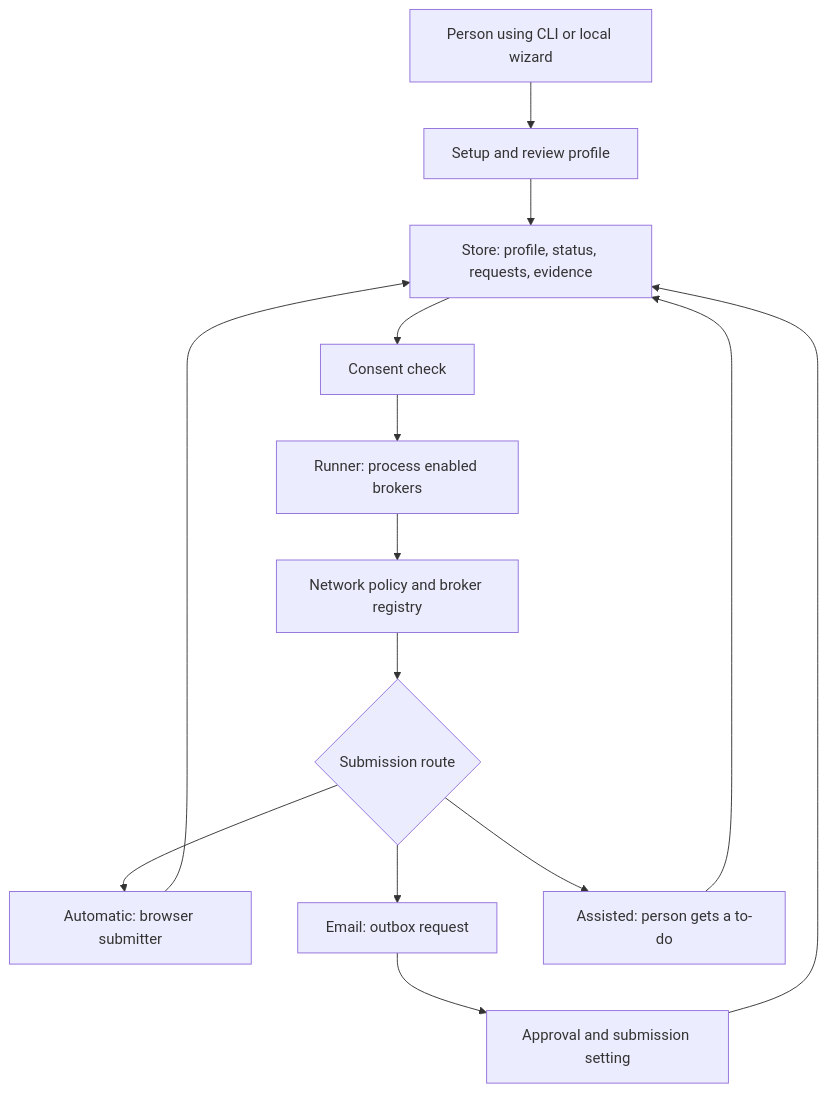
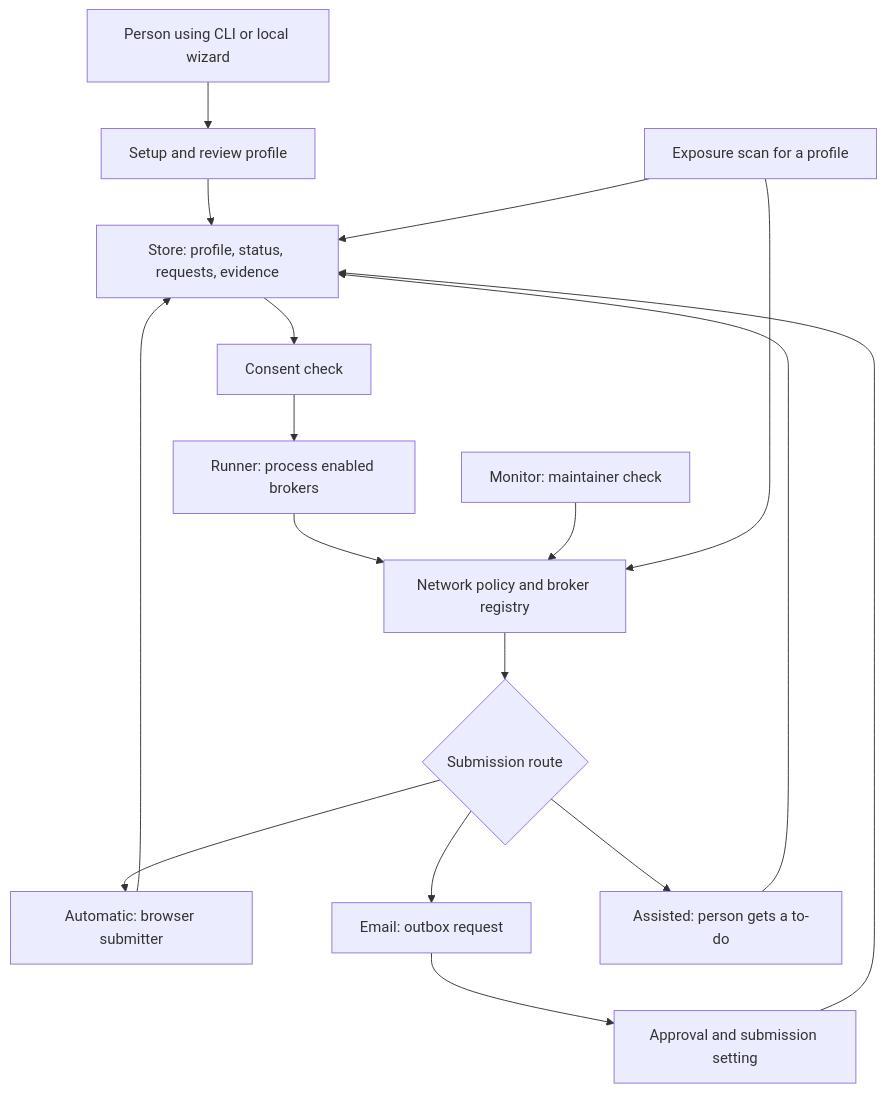
Before and after one commit to FreeMyID/freemyid: the diagram in docs/dev/ARCHITECTURE.md, drawn with Mermaid. The commit also changed other lines of this file, not shown here.

Commit message:
WO-212: ARCHITECTURE.md covers monitor, exposure, Assisted flow and evidence kinds (61 file:line cites)

````diff
--- a/docs/dev/ARCHITECTURE.md
+++ b/docs/dev/ARCHITECTURE.md
@@ -9,16 +9,19 @@
 ```mermaid
 flowchart TD
     Person["Person using CLI or local wizard"] --> Setup["Setup and review profile"]
     Setup --> Store["Store: profile, status, requests, evidence"]
     Store --> Consent["Consent check"]
     Consent --> Runner["Runner: process enabled brokers"]
     Runner --> Net["Network policy and broker registry"]
     Net --> Tier{"Submission route"}
     Tier --> Web["Automatic: browser submitter"]
     Tier --> Email["Email: outbox request"]
     Tier --> Assisted["Assisted: person gets a to-do"]
     Email --> Approval["Approval and submission setting"]
     Web --> Store
     Approval --> Store
     Assisted --> Store
+    Monitor[Monitor: maintainer check] --> Net
+    Exposure[Exposure scan for a profile] --> Net
+    Exposure --> Store
 ```
````
